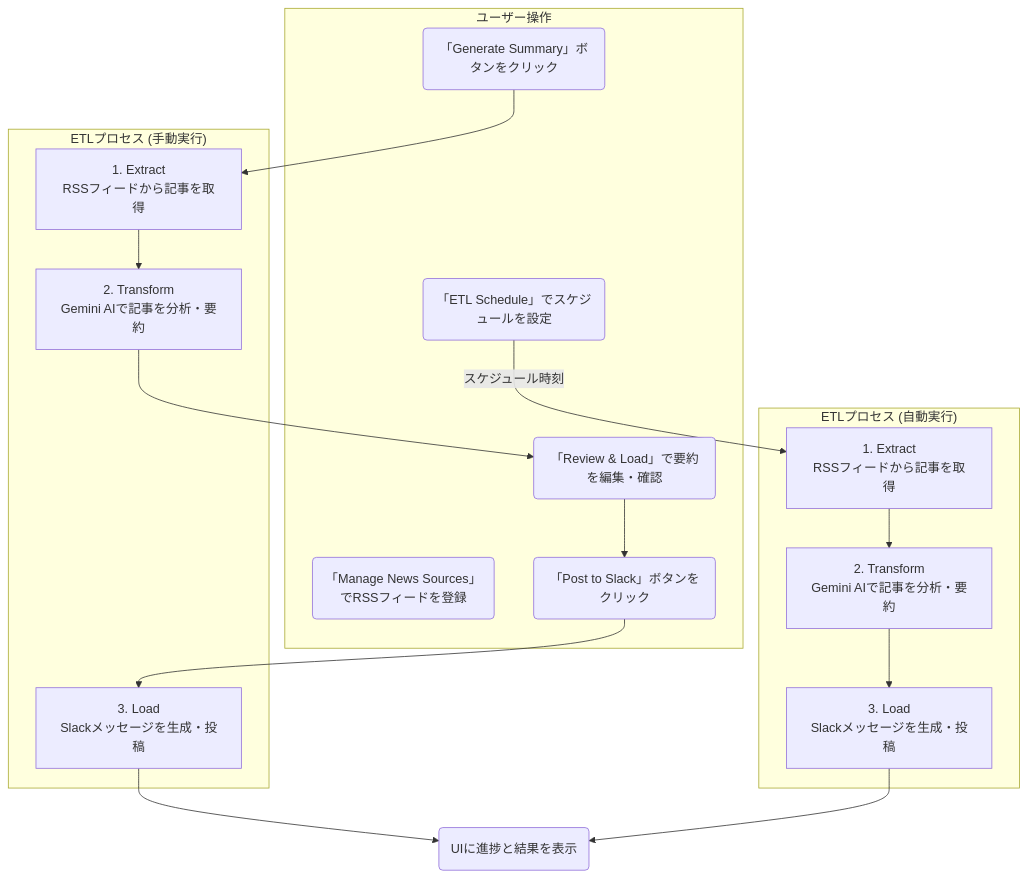
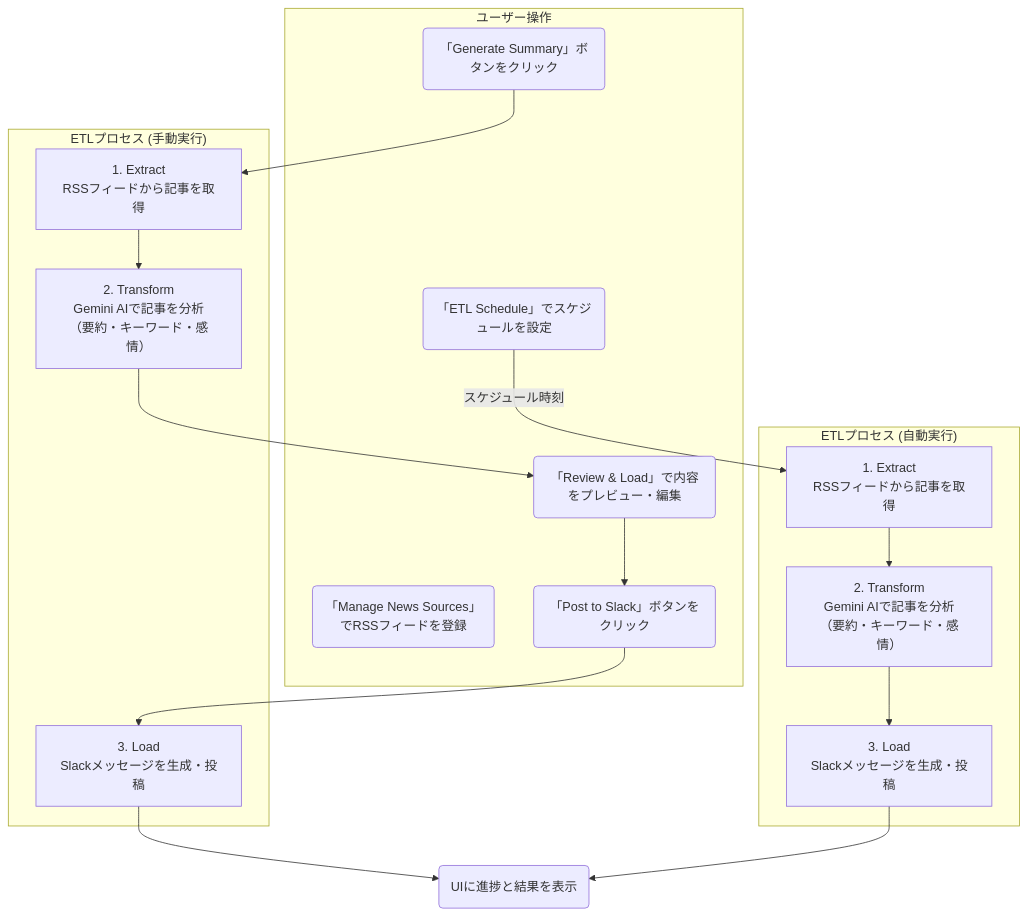
The diagram in README.md (ymkge/news-to-slack), drawn with Mermaid before and after one commit. The commit also changed other lines of this file and 1 other file, not shown here.

````diff
--- a/README.md
+++ b/README.md
@@ -25,27 +31,27 @@
 ```mermaid
 graph TD
     subgraph "ユーザー操作"
         A("「Manage News Sources」でRSSフィードを登録")
         B("「Generate Summary」ボタンをクリック")
-        C("「Review & Load」で要約を編集・確認")
+        C("「Review & Load」で内容をプレビュー・編集")
         D("「Post to Slack」ボタンをクリック")
         E("「ETL Schedule」でスケジュールを設定")
     end
 
     subgraph "ETLプロセス (手動実行)"
         B --> F[1. Extract<br>RSSフィードから記事を取得]
-        F --> G[2. Transform<br>Gemini AIで記事を分析・要約]
+        F --> G[2. Transform<br>Gemini AIで記事を分析<br>（要約・キーワード・感情）]
         G --> C
         C --> D
         D --> H[3. Load<br>Slackメッセージを生成・投稿]
     end
 
     subgraph "ETLプロセス (自動実行)"
         E -- スケジュール時刻 --> I[1. Extract<br>RSSフィードから記事を取得]
-        I --> J[2. Transform<br>Gemini AIで記事を分析・要約]
+        I --> J[2. Transform<br>Gemini AIで記事を分析<br>（要約・キーワード・感情）]
         J --> K[3. Load<br>Slackメッセージを生成・投稿]
     end
 
     H --> L(UIに進捗と結果を表示)
     K --> L
 ```
````
